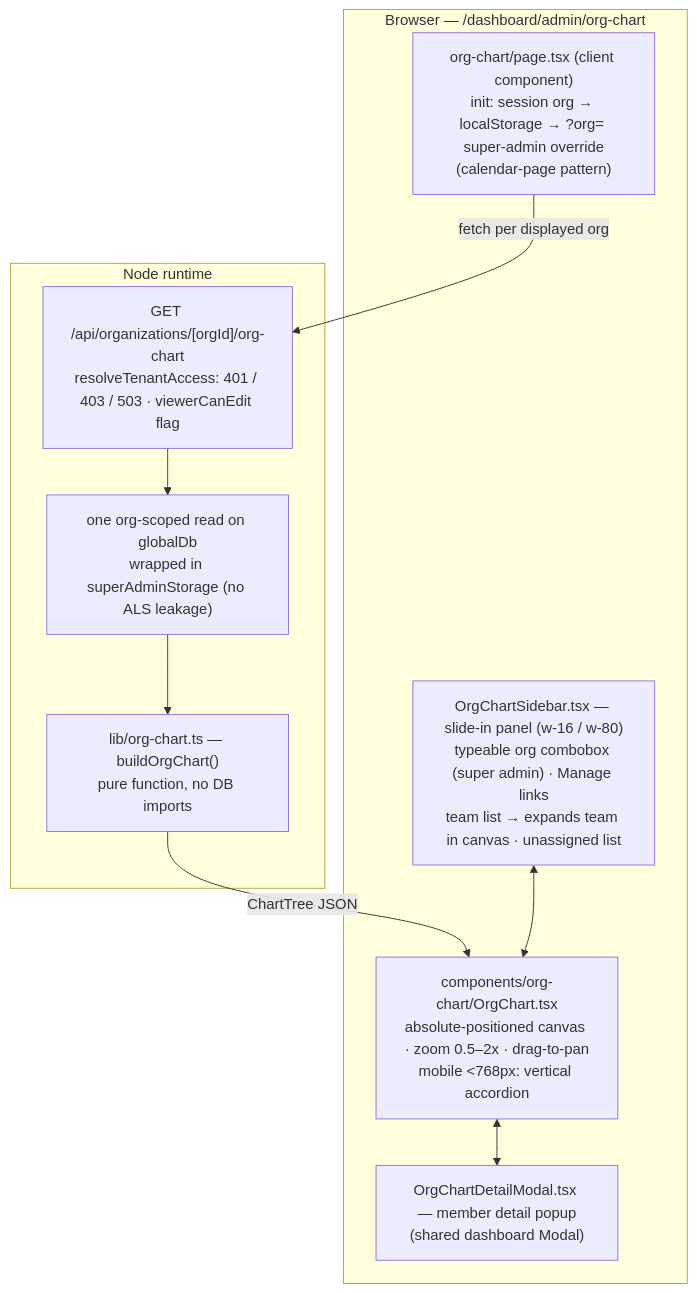
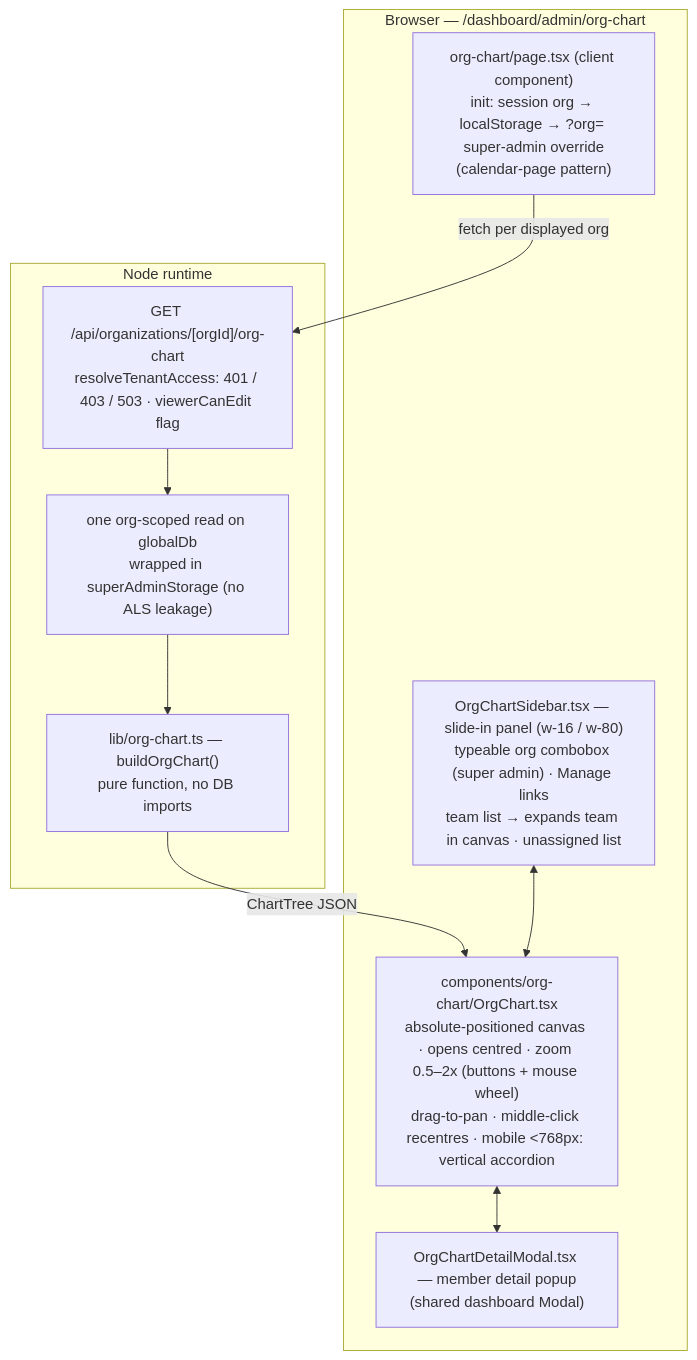
One commit to johnlynas/nipp changed the sixth of 7 diagrams in ARCHITECTURE.md. Above: the diagram before and after it, drawn with Mermaid. The commit also changed other lines of this file and 4 other files, not shown here.

First line of the commit message:
feat(org-chart): canvas navigation, org-level toggle + node restyle (#16)

````diff
--- a/ARCHITECTURE.md
+++ b/ARCHITECTURE.md
@@ -808,23 +808,23 @@
 ```mermaid
 flowchart TB
     subgraph CLIENT["Browser — /dashboard/admin/org-chart"]
         PAGE["org-chart/page.tsx (client component)<br/>init: session org → localStorage → ?org= super-admin override<br/>(calendar-page pattern)"]
-        CANVAS["components/org-chart/OrgChart.tsx<br/>absolute-positioned canvas · zoom 0.5–2x · drag-to-pan<br/>mobile <768px: vertical accordion"]
+        CANVAS["components/org-chart/OrgChart.tsx<br/>absolute-positioned canvas · opens centred · zoom 0.5–2x (buttons + mouse wheel)<br/>drag-to-pan · middle-click recentres · mobile <768px: vertical accordion"]
         SIDE["OrgChartSidebar.tsx — slide-in panel (w-16 / w-80)<br/>typeable org combobox (super admin) · Manage links<br/>team list → expands team in canvas · unassigned list"]
         MODAL["OrgChartDetailModal.tsx — member detail popup<br/>(shared dashboard Modal)"]
     end
 
     subgraph SERVER["Node runtime"]
         RT["GET /api/organizations/[orgId]/org-chart<br/>resolveTenantAccess: 401 / 403 / 503 · viewerCanEdit flag"]
         Q["one org-scoped read on globalDb<br/>wrapped in superAdminStorage (no ALS leakage)"]
         SHAPER["lib/org-chart.ts — buildOrgChart()<br/>pure function, no DB imports"]
     end
 
     PAGE -->|fetch per displayed org| RT
     RT --> Q --> SHAPER
     SHAPER -- "ChartTree JSON" --> CANVAS
     CANVAS <--> MODAL
     SIDE <--> CANVAS
 
     linkStyle default interpolate spline;
 ```
````
